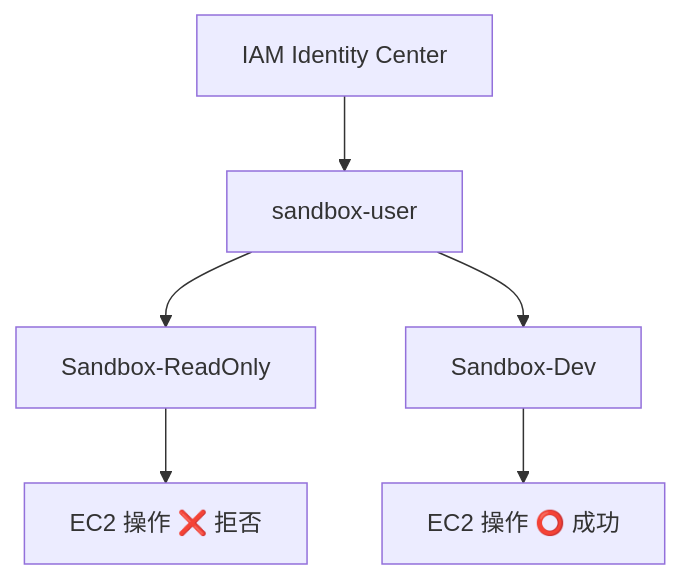
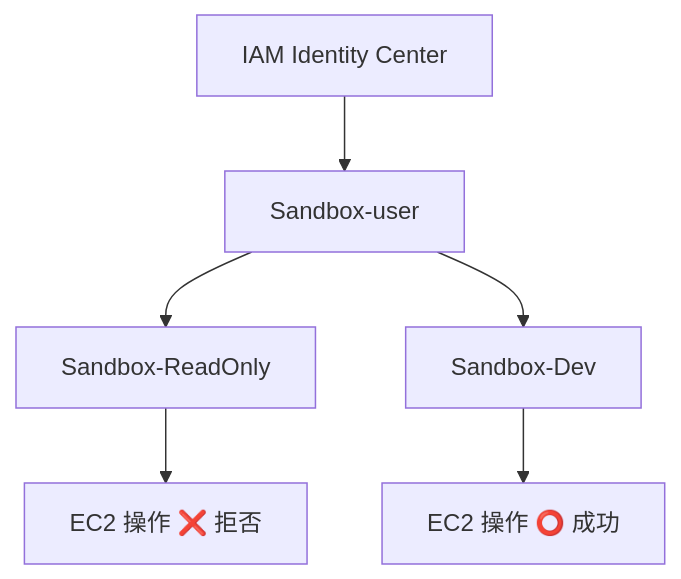
Before and after one commit to Taro039-rgb/aws-iam-permission-set-portfolio: the diagram in README.md, drawn with Mermaid. The commit also changed other lines of this file, not shown here.

````diff
--- a/README.md
+++ b/README.md
@@ -18,12 +18,12 @@
 ```mermaid
 flowchart TB
 
 A[IAM Identity Center]
-A --> B[sandbox-user]
+A --> B[Sandbox-user]
 
 B --> C[Sandbox-ReadOnly]
 B --> D[Sandbox-Dev]
 
 C --> E[EC2 操作 ❌ 拒否]
 D --> F[EC2 操作 ⭕ 成功]
 ```
````
